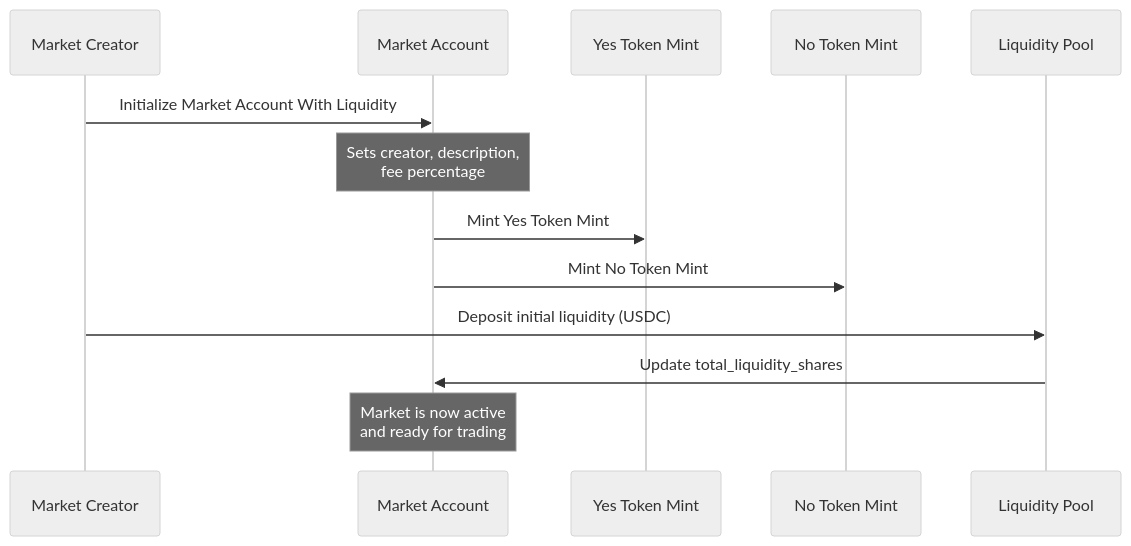
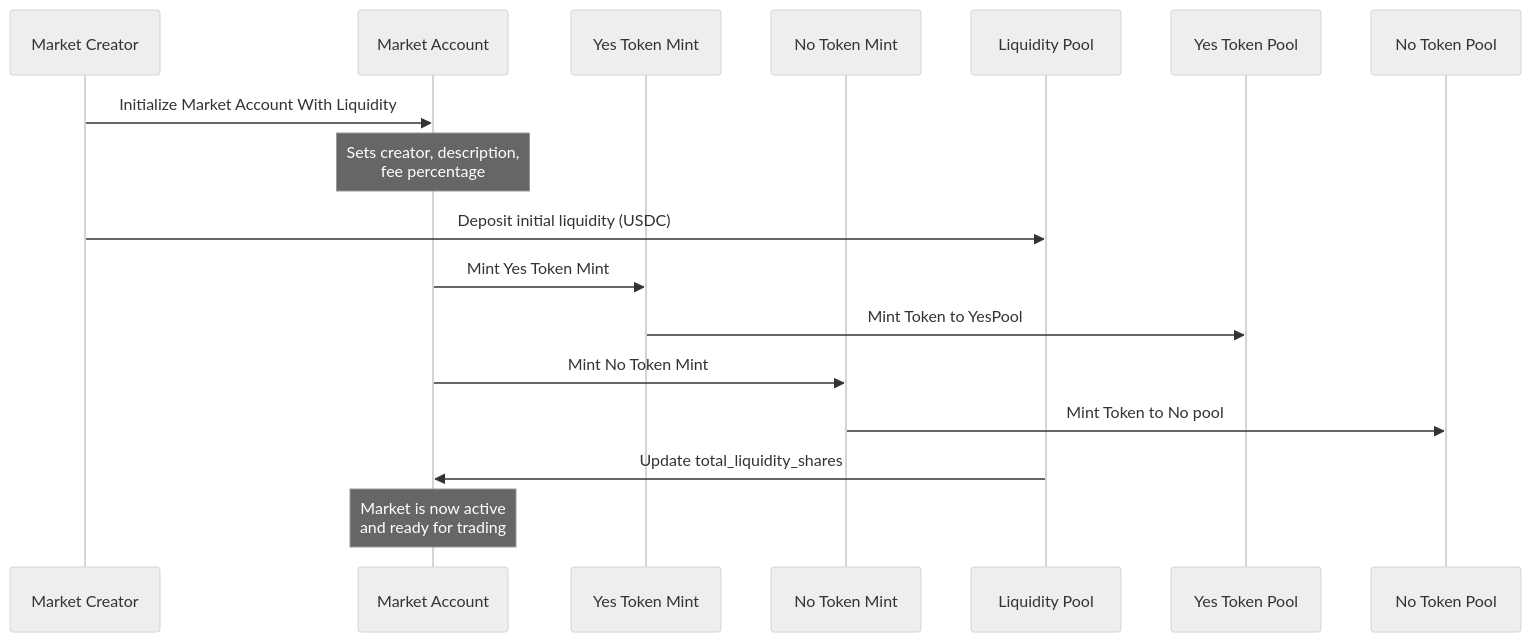
The second of 6 diagrams in capstone/architecture.md (solana-turbin3/Q1_25_Builder_santy311), drawn with Mermaid (neutral theme) before and after one commit. The commit also changed other lines of this file, not shown here.

````diff
--- a/capstone/architecture.md
+++ b/capstone/architecture.md
@@ -84,20 +84,25 @@
 ```mermaid
 sequenceDiagram
     participant Creator as Market Creator
     participant Market as Market Account
     participant YMint as Yes Token Mint
     participant NMint as No Token Mint
     participant LP as Liquidity Pool
+    participant YesPool as Yes Token Pool
+    participant NoPool as No Token Pool
 
     Creator->>Market: Initialize Market Account With Liquidity
     Note over Market: Sets creator, description,<br/>fee percentage
 
+    Creator->>LP: Deposit initial liquidity (USDC)
+
     Market->>YMint: Mint Yes Token Mint
+    YMint ->> YesPool: Mint Token to YesPool
     Market->>NMint: Mint No Token Mint
+    NMint ->> NoPool: Mint Token to No pool
 
-    Creator->>LP: Deposit initial liquidity (USDC)
     LP->>Market: Update total_liquidity_shares
 
     Note over Market: Market is now active<br/>and ready for trading
 
 ```
````
